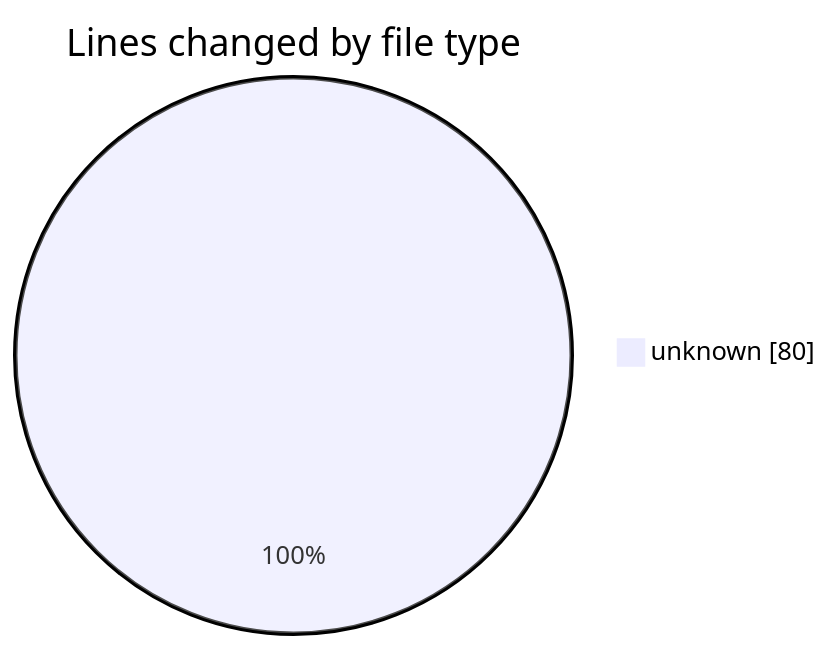
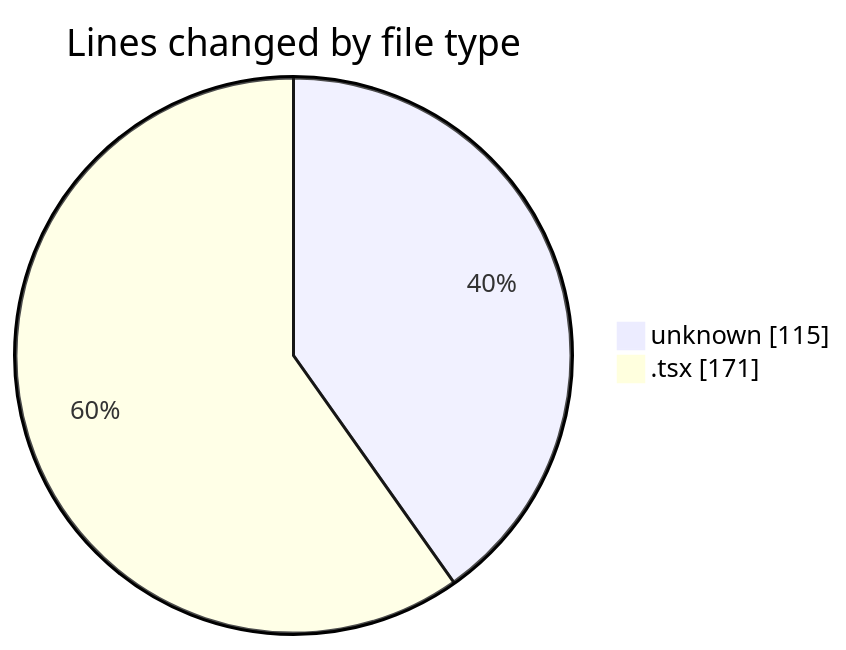
One commit to JenPaints/code-tracking changed the first of 2 diagrams in 2025-05-27/kimberly-groups/README.md. Above: the diagram before and after it, drawn with Mermaid. The commit also changed other lines of this file and 1 other file, not shown here.

````diff
--- a/2025-05-27/kimberly-groups/README.md
+++ b/2025-05-27/kimberly-groups/README.md
@@ -20,5 +21,6 @@
 ```mermaid
 pie showData
 title Lines changed by file type
-"unknown" : 80
+"unknown" : 115
+".tsx" : 171
 ```
````
